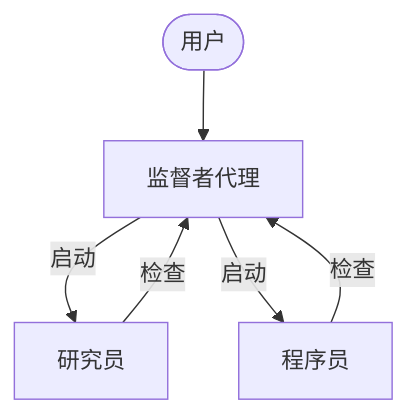
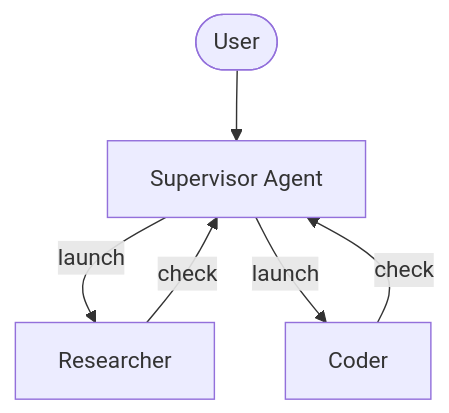
Before and after one commit to kunfan96/cndocs-langchain: the first of 2 diagrams in oss/python/deepagents/async-subagents.mdx, drawn with Mermaid. The commit also changed other lines of this file and 2538 other files, not shown here.

````diff
--- a/oss/python/deepagents/async-subagents.mdx
+++ b/oss/python/deepagents/async-subagents.mdx
@@ -17,10 +17,10 @@
 ```mermaid
 graph TB
-    User([用户]) --> Supervisor[监督者代理]
+    User([User]) --> Supervisor[Supervisor Agent]
 
-    Supervisor --> |启动| Researcher[研究员]
-    Supervisor --> |启动| Coder[程序员]
+    Supervisor --> |launch| Researcher[Researcher]
+    Supervisor --> |launch| Coder[Coder]
 
-    Researcher --> |检查| Supervisor
-    Coder --> |检查| Supervisor
+    Researcher --> |check| Supervisor
+    Coder --> |check| Supervisor
 ```
````
